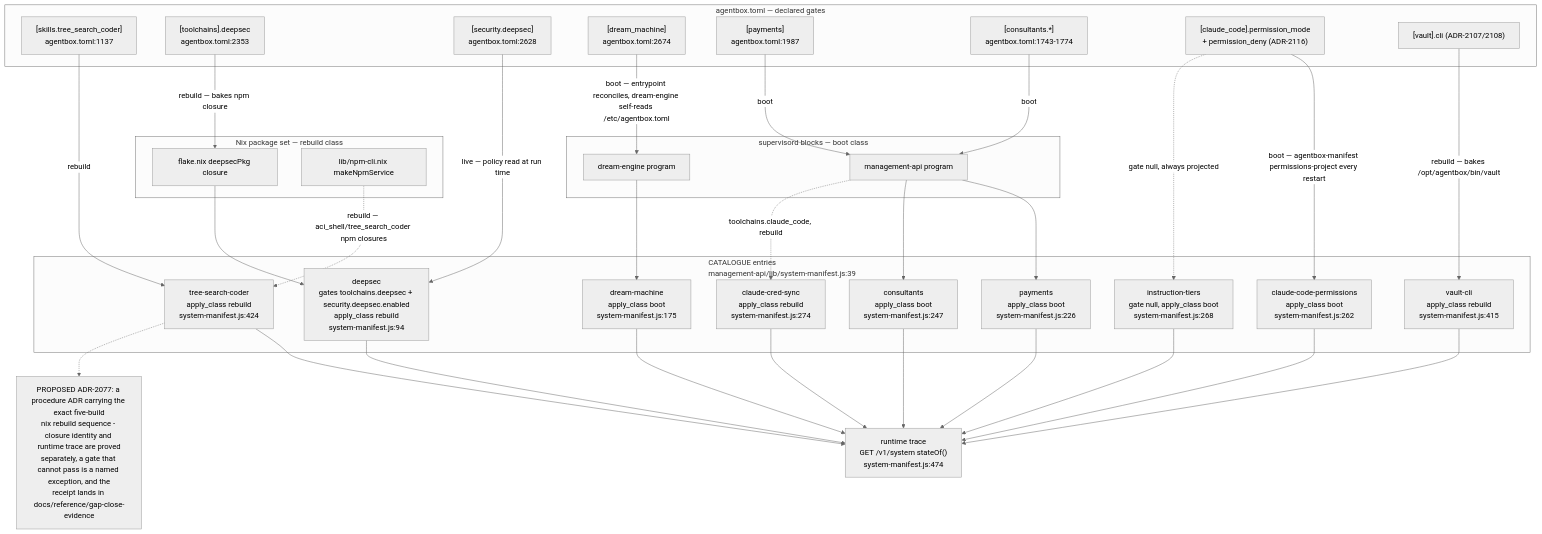
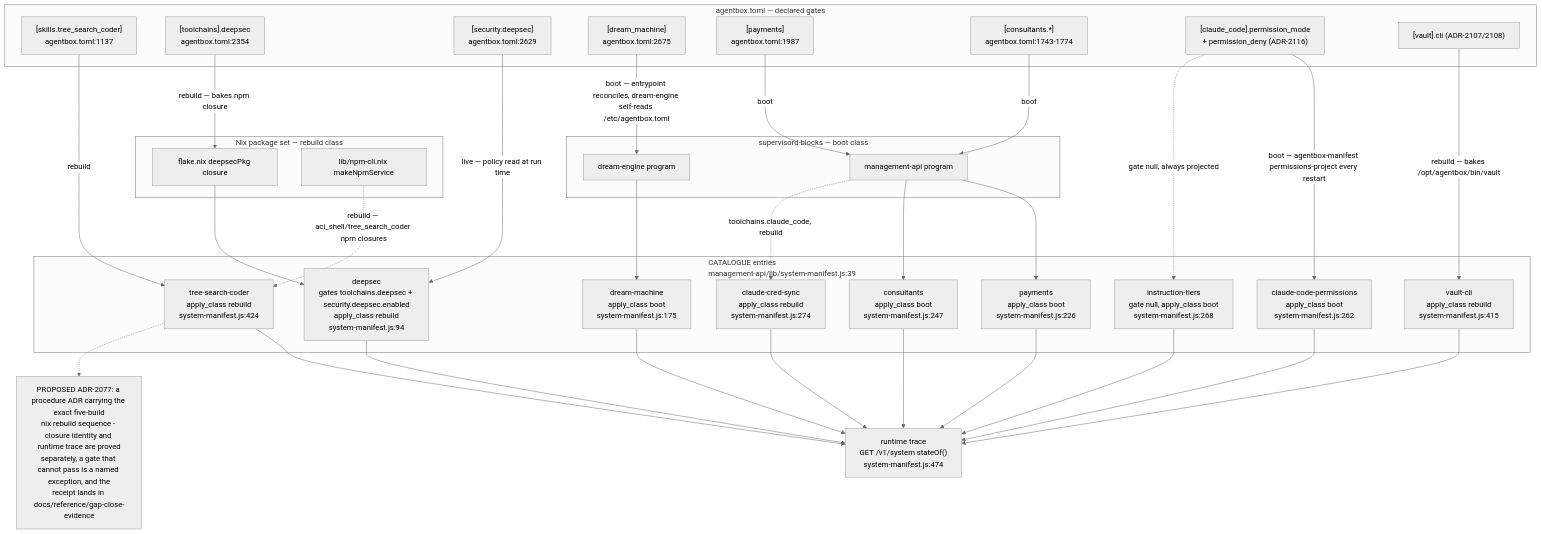
One commit to DreamLab-AI/VisionFlow changed the first of 17 diagrams in docs/diagrams/agentbox/15-capability-gating-spend-consultants.md. Above: the diagram before and after it, drawn with Mermaid (neutral theme). The commit also changed other lines of this file and 6 other files, not shown here.

First line of the commit message:
docs(diagrams): agentbox pass B at agentbox 1ea5494 (PRs #52, #53)

````diff
--- a/docs/diagrams/agentbox/15-capability-gating-spend-consultants.md
+++ b/docs/diagrams/agentbox/15-capability-gating-spend-consultants.md
@@ -59,61 +59,61 @@
 ```mermaid
 flowchart TD
     subgraph M["agentbox.toml — declared gates"]
         M1["[skills.tree_search_coder]<br/>agentbox.toml:1137"]
-        M2["[toolchains].deepsec<br/>agentbox.toml:2353"]
-        M3["[security.deepsec]<br/>agentbox.toml:2628"]
-        M4["[dream_machine]<br/>agentbox.toml:2674"]
+        M2["[toolchains].deepsec<br/>agentbox.toml:2354"]
+        M3["[security.deepsec]<br/>agentbox.toml:2629"]
+        M4["[dream_machine]<br/>agentbox.toml:2675"]
         M5["[payments]<br/>agentbox.toml:1987"]
         M6["[consultants.*]<br/>agentbox.toml:1743-1774"]
         M7["[claude_code].permission_mode<br/>+ permission_deny (ADR-2116)"]
         M8["[vault].cli (ADR-2107/2108)"]
     end
     subgraph N["Nix package set — rebuild class"]
         N1["flake.nix deepsecPkg closure"]
         N2["lib/npm-cli.nix makeNpmService"]
     end
     subgraph S["supervisord blocks — boot class"]
         S1["dream-engine program"]
         S2["management-api program"]
     end
     subgraph C["CATALOGUE entries<br/>management-api/lib/system-manifest.js:39"]
         C1["tree-search-coder<br/>apply_class rebuild<br/>system-manifest.js:424"]
         C2["deepsec<br/>gates toolchains.deepsec + security.deepsec.enabled<br/>apply_class rebuild<br/>system-manifest.js:94"]
         C3["dream-machine<br/>apply_class boot<br/>system-manifest.js:175"]
         C4["payments<br/>apply_class boot<br/>system-manifest.js:226"]
         C5["consultants<br/>apply_class boot<br/>system-manifest.js:247"]
         C6["claude-code-permissions<br/>apply_class boot<br/>system-manifest.js:262"]
         C7["instruction-tiers<br/>gate null, apply_class boot<br/>system-manifest.js:268"]
         C8["claude-cred-sync<br/>apply_class rebuild<br/>system-manifest.js:274"]
         C9["vault-cli<br/>apply_class rebuild<br/>system-manifest.js:415"]
     end
     R["runtime trace<br/>GET /v1/system stateOf()<br/>system-manifest.js:474"]
 
     M1 -->|"rebuild"| C1
     M2 -->|"rebuild — bakes npm closure"| N1
     N1 --> C2
     M3 -->|"live — policy read at run time"| C2
     M4 -->|"boot — entrypoint reconciles, dream-engine self-reads /etc/agentbox.toml"| S1
     S1 --> C3
     M5 -->|"boot"| S2
     S2 --> C4
     M6 -->|"boot"| S2
     S2 --> C5
     M7 -->|"boot — agentbox-manifest permissions-project every restart"| C6
     M7 -.->|"gate null, always projected"| C7
     M8 -->|"rebuild — bakes /opt/agentbox/bin/vault"| C9
     S2 -.->|"toolchains.claude_code, rebuild"| C8
     C1 --> R
     C2 --> R
     C3 --> R
     C4 --> R
     C5 --> R
     C6 --> R
     C7 --> R
     C8 --> R
     C9 --> R
     N2 -.->|"rebuild — aci_shell/tree_search_coder npm closures"| C1
 
     note1["PROPOSED ADR-2077: a procedure ADR carrying the exact five-build<br/>nix rebuild sequence - closure identity and runtime trace are proved<br/>separately, a gate that cannot pass is a named exception, and the<br/>receipt lands in docs/reference/gap-close-evidence"]
     C1 -.-> note1
 ```
````
